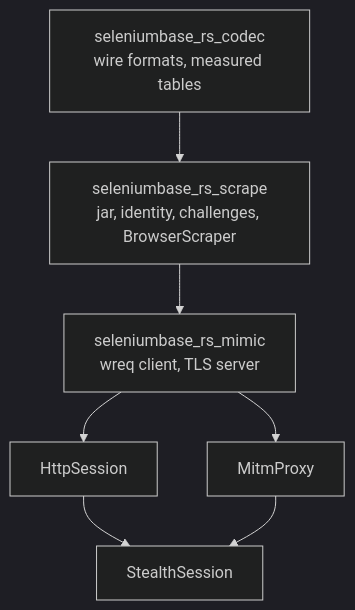
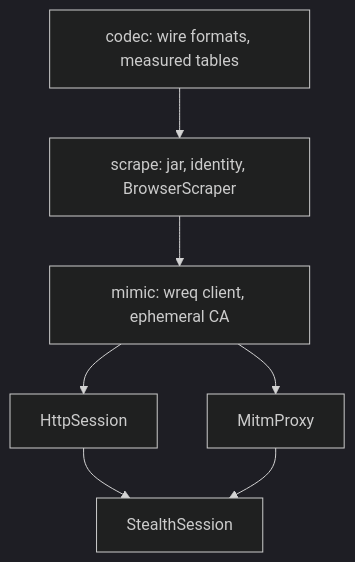
The diagram in docs/stealth/overview.md (MustCodeAl/seleniumbase-rs), drawn with Mermaid (dark theme) before and after one commit. The commit also changed other lines of this file and 7 other files, not shown here.

````diff
--- a/docs/stealth/overview.md
+++ b/docs/stealth/overview.md
@@ -430,15 +170,15 @@
 ```mermaid
 flowchart TD
-    NF["seleniumbase_rs_codec<br/>wire formats, measured tables"]
-    SC["seleniumbase_rs_scrape<br/>jar, identity, challenges, BrowserScraper"]
-    IM["seleniumbase_rs_mimic<br/>wreq client, TLS server"]
-    HS["HttpSession"]
-    MP["MitmProxy"]
-    SS["StealthSession"]
-    NF --> SC
-    SC --> IM
-    IM --> HS
-    IM --> MP
-    HS --> SS
-    MP --> SS
+    codec["codec: wire formats, measured tables"]
+    scrape["scrape: jar, identity, BrowserScraper"]
+    mimic["mimic: wreq client, ephemeral CA"]
+    http["HttpSession"]
+    proxy["MitmProxy"]
+    session["StealthSession"]
+    codec --> scrape
+    scrape --> mimic
+    mimic --> http
+    mimic --> proxy
+    http --> session
+    proxy --> session
 ```
````
